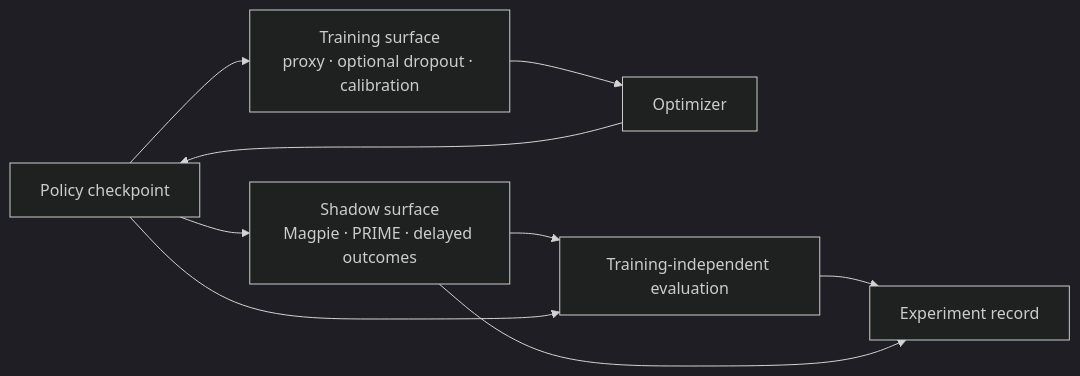
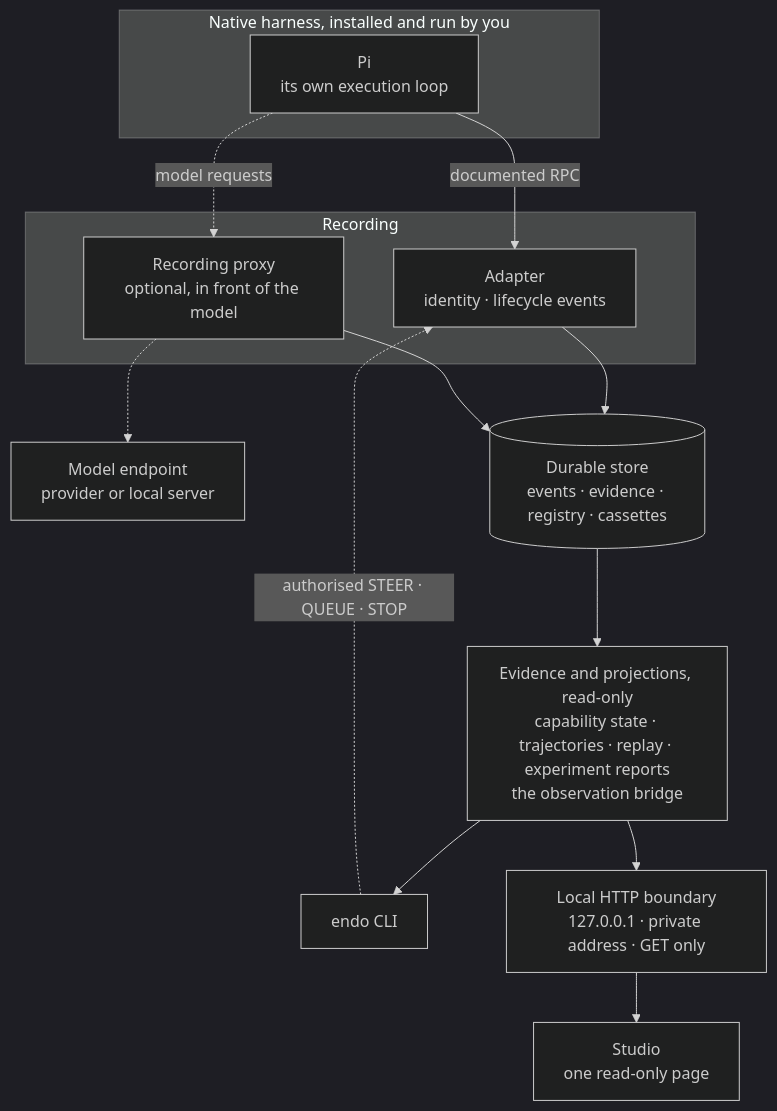
Before and after one commit to noctem-o/endophasia: the diagram in README.md, drawn with Mermaid (dark theme). The commit also changed other lines of this file and 13 other files, not shown here.

```diff
--- a/README.md
+++ b/README.md
@@ -512,11 +181,27 @@
 ~~~mermaid
-flowchart LR
-    P["Policy checkpoint"] --> T["Training surface<br/>proxy · optional dropout · calibration"]
-    P --> S["Shadow surface<br/>Magpie · PRIME · delayed outcomes"]
-    T --> O["Optimizer"]
-    O --> P
-    S --> H["Training-independent evaluation"]
-    P --> H
-    H --> X["Experiment record"]
-    S --> X
+flowchart TB
+    subgraph native["Native harness, installed and run by you"]
+        H["Pi<br/>its own execution loop"]
+    end
+    subgraph record["Recording"]
+        A["Adapter<br/>identity · lifecycle events"]
+        X["Recording proxy<br/>optional, in front of the model"]
+    end
+    M["Model endpoint<br/>provider or local server"]
+    S[("Durable store<br/>events · evidence · registry · cassettes")]
+    V["Evidence and projections, read-only<br/>capability state · trajectories · replay · experiment reports<br/>the observation bridge"]
+    C["endo CLI"]
+    N["Local HTTP boundary<br/>127.0.0.1 · private address · GET only"]
+    U["Studio<br/>one read-only page"]
+
+    H -->|"documented RPC"| A
+    H -.->|"model requests"| X
+    X -.-> M
+    A --> S
+    X --> S
+    S --> V
+    V --> C
+    V --> N
+    N --> U
+    C -.->|"authorised STEER · QUEUE · STOP"| A
 ~~~
```
